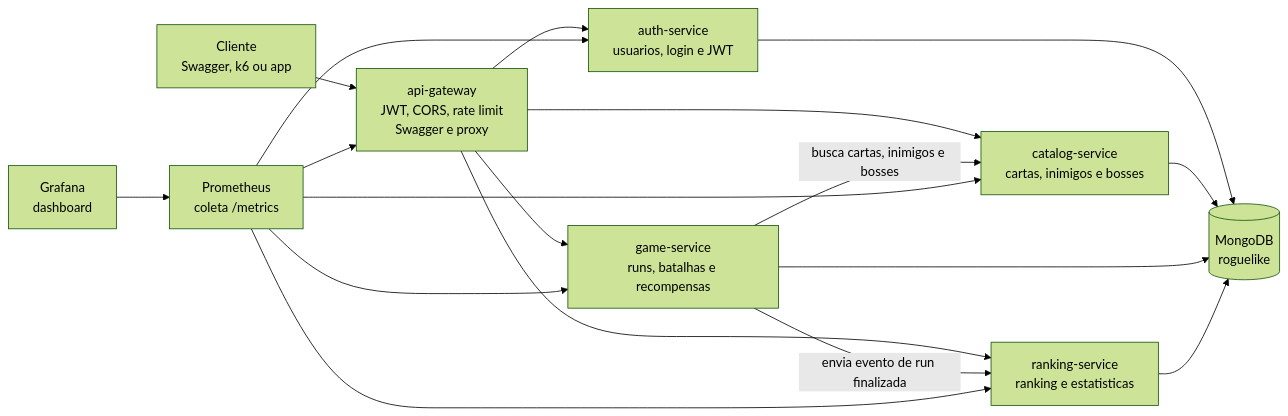
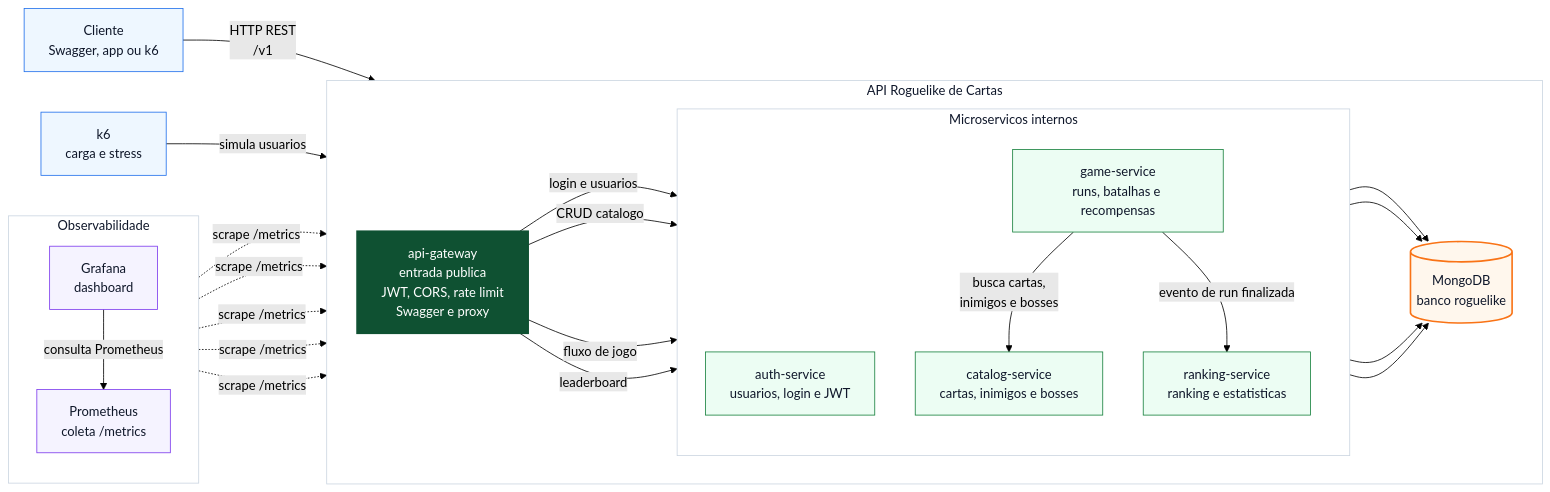
The first of 3 diagrams in docs/architecture.md (VitorFcosta/api_roguelike), drawn with Mermaid (forest theme) before and after one commit. The commit also changed other lines of this file and 5 other files, not shown here.

Commit message:
diagramas

````diff
--- a/docs/architecture.md
+++ b/docs/architecture.md
@@ -5,25 +16,69 @@
 ```mermaid
 flowchart LR
-  client["Cliente<br/>Swagger, k6 ou app"] --> gateway["api-gateway<br/>JWT, CORS, rate limit<br/>Swagger e proxy"]
+  %% Diagrama recomendado para o Slide 3.
+  %% Ideia: mostrar responsabilidades e comunicacao sem excesso de setas.
 
-  gateway --> auth["auth-service<br/>usuarios, login e JWT"]
-  gateway --> catalog["catalog-service<br/>cartas, inimigos e bosses"]
-  gateway --> game["game-service<br/>runs, batalhas e recompensas"]
-  gateway --> rankingPublic["ranking-service<br/>ranking e estatisticas"]
+  client["Cliente<br/>Swagger, app ou k6"]
+  k6["k6<br/>carga e stress"]
 
-  game -->|"busca cartas, inimigos e bosses"| catalog
-  game -->|"envia evento de run finalizada"| rankingPublic
+  subgraph api["API Roguelike de Cartas"]
+    direction LR
 
-  auth --> mongo[("MongoDB<br/>roguelike")]
+    gateway["api-gateway<br/>entrada publica<br/>JWT, CORS, rate limit<br/>Swagger e proxy"]
+
+    subgraph services["Microservicos internos"]
+      direction TB
+      auth["auth-service<br/>usuarios, login e JWT"]
+      catalog["catalog-service<br/>cartas, inimigos e bosses"]
+      game["game-service<br/>runs, batalhas e recompensas"]
+      ranking["ranking-service<br/>ranking e estatisticas"]
+    end
+
+    mongo[("MongoDB<br/>banco roguelike")]
+  end
+
+  subgraph obs["Observabilidade"]
+    direction TB
+    prometheus["Prometheus<br/>coleta /metrics"]
+    grafana["Grafana<br/>dashboard"]
+  end
+
+  client -->|"HTTP REST<br/>/v1"| gateway
+  k6 -->|"simula usuarios"| gateway
+
+  gateway -->|"login e usuarios"| auth
+  gateway -->|"CRUD catalogo"| catalog
+  gateway -->|"fluxo de jogo"| game
+  gateway -->|"leaderboard"| ranking
+
+  game -->|"busca cartas,<br/>inimigos e bosses"| catalog
+  game -->|"evento de run finalizada"| ranking
+
+  auth --> mongo
   catalog --> mongo
   game --> mongo
-  rankingPublic --> mongo
+  ranking --> mongo
 
-  prometheus["Prometheus<br/>coleta /metrics"] --> gateway
-  prometheus --> auth
-  prometheus --> catalog
-  prometheus --> game
-  prometheus --> rankingPublic
+  prometheus -.->|"scrape /metrics"| gateway
+  prometheus -.->|"scrape /metrics"| auth
+  prometheus -.->|"scrape /metrics"| catalog
+  prometheus -.->|"scrape /metrics"| game
+  prometheus -.->|"scrape /metrics"| ranking
+  grafana -->|"consulta Prometheus"| prometheus
 
-  grafana["Grafana<br/>dashboard"] --> prometheus
+  classDef externalClass fill:#eef7ff,stroke:#1f6feb,stroke-width:1px,color:#0f172a;
+  classDef gatewayClass fill:#0f5132,stroke:#0f5132,stroke-width:2px,color:#ffffff;
+  classDef serviceClass fill:#ecfdf3,stroke:#17803d,stroke-width:1px,color:#0f172a;
+  classDef databaseClass fill:#fff7ed,stroke:#f97316,stroke-width:2px,color:#0f172a;
+  classDef observabilityClass fill:#f5f3ff,stroke:#7c3aed,stroke-width:1px,color:#0f172a;
+
+  class client,k6 externalClass;
+  class gateway gatewayClass;
+  class auth,catalog,game,ranking serviceClass;
+  class mongo databaseClass;
+  class prometheus,grafana observabilityClass;
+
+  style api fill:#ffffff,stroke:#cbd5e1,stroke-width:1px,color:#0f172a
+  style services fill:#ffffff,stroke:#cbd5e1,stroke-width:1px,color:#0f172a
+  style obs fill:#ffffff,stroke:#cbd5e1,stroke-width:1px,color:#0f172a
 ```
````
